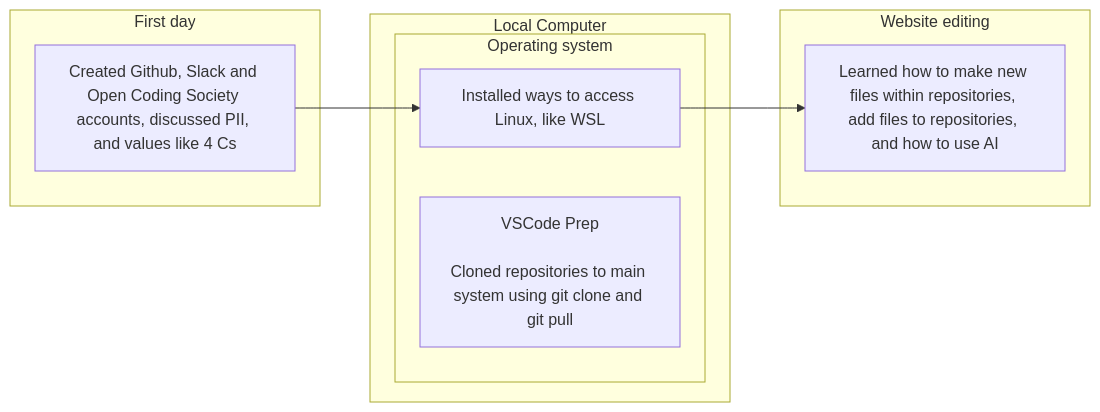
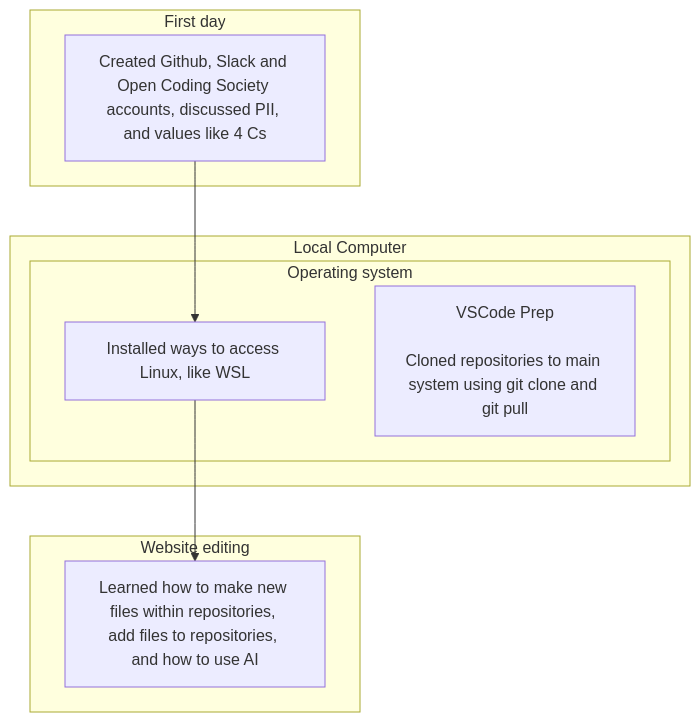
The second of 2 diagrams in _posts/Foundation/B-tools_and_equipment/2025-11-21-tools_quest.md (rsharma5128/student), drawn with Mermaid before and after one commit. The commit also changed other lines of this file, not shown here.

Commit message:
changing flowcharts from lr to td

````diff
--- a/_posts/Foundation/B-tools_and_equipment/2025-11-21-tools_quest.md
+++ b/_posts/Foundation/B-tools_and_equipment/2025-11-21-tools_quest.md
@@ -59,26 +59,26 @@
 ```mermaid
-flowchart LR
+flowchart TD
     %% GitHub Sources
     subgraph GitHub_Pages[First day]
         A[Created Github, Slack and Open Coding Society accounts, discussed PII, and values like 4 Cs]:::repo
     end
 
     subgraph GitHub_Template[Website editing]
         T[Learned how to make new files within repositories, add files to repositories, and how to use AI]:::repo
     end
 
 
     %% Operating system
     subgraph Local[Local Computer]
         subgraph opencs_dir[Operating system]
             C[Installed ways to access Linux, like WSL]:::local
             Ccmd[VSCode Prep<br/><br/>Cloned repositories to main system using git clone and git pull]:::cmd
         end
         
     end
 
     %% Arrows: cloning
     A --> C
     C --> T
 
 ```
````
